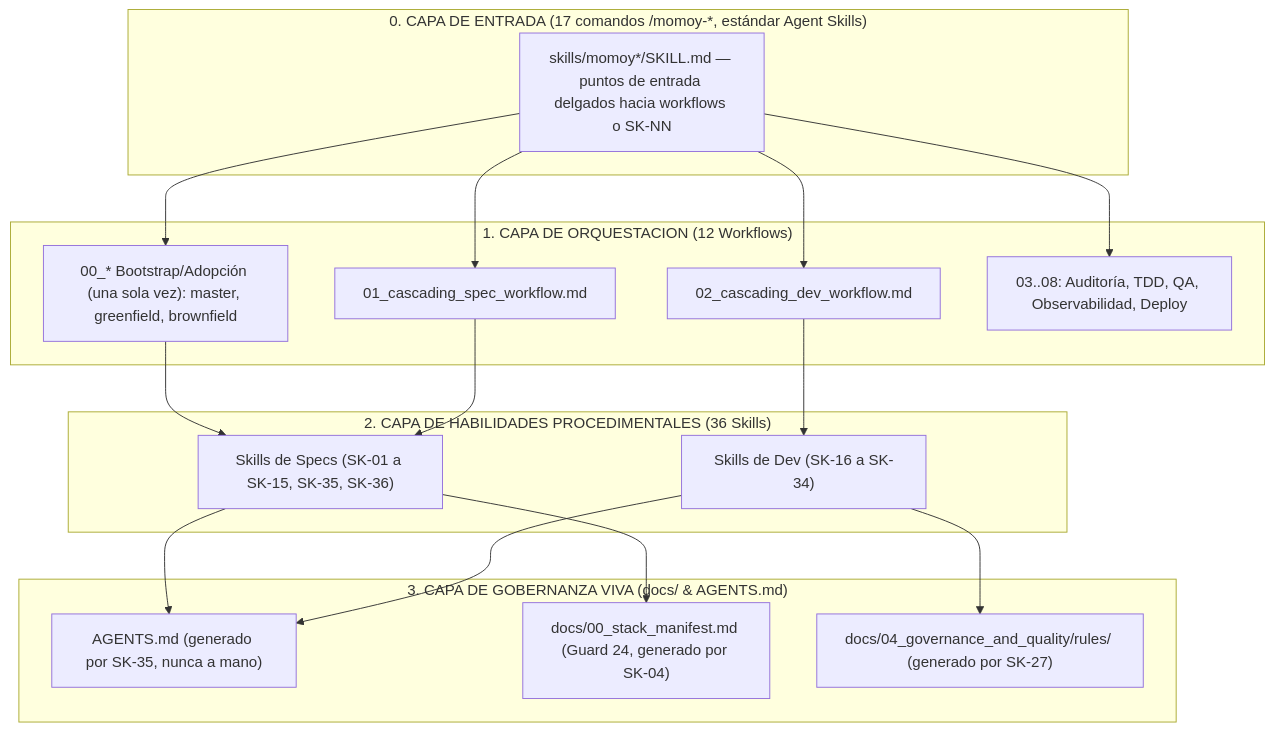
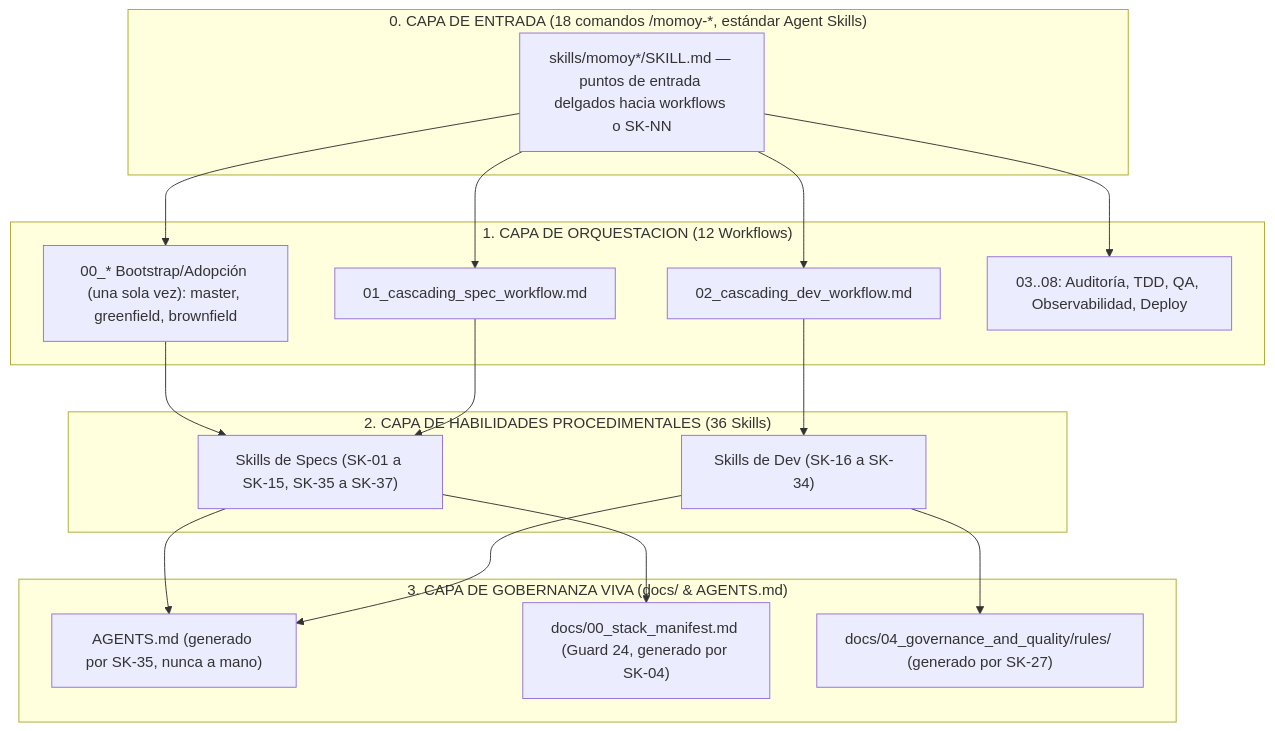
Before and after one commit to lacruzjd/AI4Devs-finalproject: the diagram in .agents/README.md, drawn with Mermaid. The commit also changed other lines of this file and 8 other files, not shown here.

````diff
--- a/.agents/README.md
+++ b/.agents/README.md
@@ -55,36 +55,36 @@
 ```mermaid
 flowchart TD
-    subgraph CAPA0 ["0. CAPA DE ENTRADA (17 comandos /momoy-*, estándar Agent Skills)"]
+    subgraph CAPA0 ["0. CAPA DE ENTRADA (18 comandos /momoy-*, estándar Agent Skills)"]
         CMD["skills/momoy*/SKILL.md — puntos de entrada delgados hacia workflows o SK-NN"]
     end
 
     subgraph CAPA1 ["1. CAPA DE ORQUESTACION (12 Workflows)"]
         W00["00_* Bootstrap/Adopción (una sola vez): master, greenfield, brownfield"]
         W01["01_cascading_spec_workflow.md"]
         W02["02_cascading_dev_workflow.md"]
         W0X["03..08: Auditoría, TDD, QA, Observabilidad, Deploy"]
     end
 
     subgraph CAPA2 ["2. CAPA DE HABILIDADES PROCEDIMENTALES (36 Skills)"]
-        S_Spec["Skills de Specs (SK-01 a SK-15, SK-35, SK-36)"]
+        S_Spec["Skills de Specs (SK-01 a SK-15, SK-35 a SK-37)"]
         S_Dev["Skills de Dev (SK-16 a SK-34)"]
     end
 
     subgraph CAPA3 ["3. CAPA DE GOBERNANZA VIVA (docs/ & AGENTS.md)"]
         AGENTS["AGENTS.md (generado por SK-35, nunca a mano)"]
         StackManifest["docs/00_stack_manifest.md (Guard 24, generado por SK-04)"]
         Rules["docs/04_governance_and_quality/rules/ (generado por SK-27)"]
     end
 
     CMD --> W00
     CMD --> W01
     CMD --> W02
     CMD --> W0X
     W00 --> S_Spec
     W01 --> S_Spec
     W02 --> S_Dev
     S_Spec --> AGENTS
     S_Spec --> StackManifest
     S_Dev --> AGENTS
     S_Dev --> Rules
 ```
````
